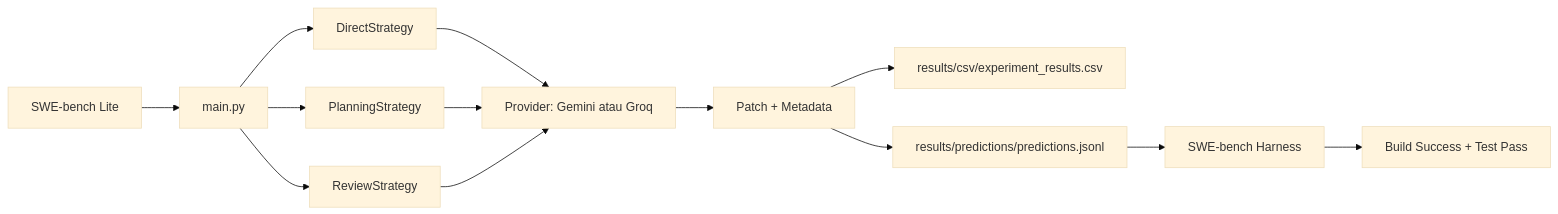
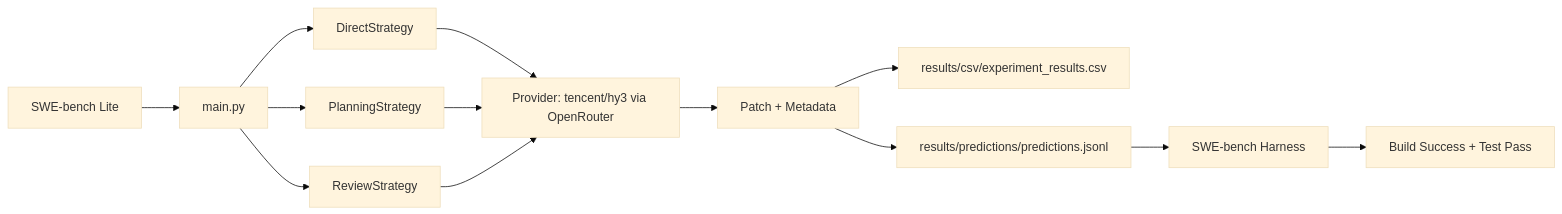
The diagram in README.md (agirahman/AgentBench-SE), drawn with Mermaid (base theme) before and after one commit. The commit also changed other lines of this file and 23 other files, not shown here.

````diff
--- a/README.md
+++ b/README.md
@@ -32,15 +32,15 @@
 ```mermaid
 flowchart LR
     A[SWE-bench Lite] --> B[main.py]
     B --> C1[DirectStrategy]
     B --> C2[PlanningStrategy]
     B --> C3[ReviewStrategy]
-    C1 --> P[Provider: Gemini atau Groq]
+    C1 --> P[Provider: tencent/hy3 via OpenRouter]
     C2 --> P
     C3 --> P
     P --> D[Patch + Metadata]
     D --> E[results/csv/experiment_results.csv]
     D --> F[results/predictions/predictions.jsonl]
     F --> G[SWE-bench Harness]
     G --> H[Build Success + Test Pass]
 ```
````
